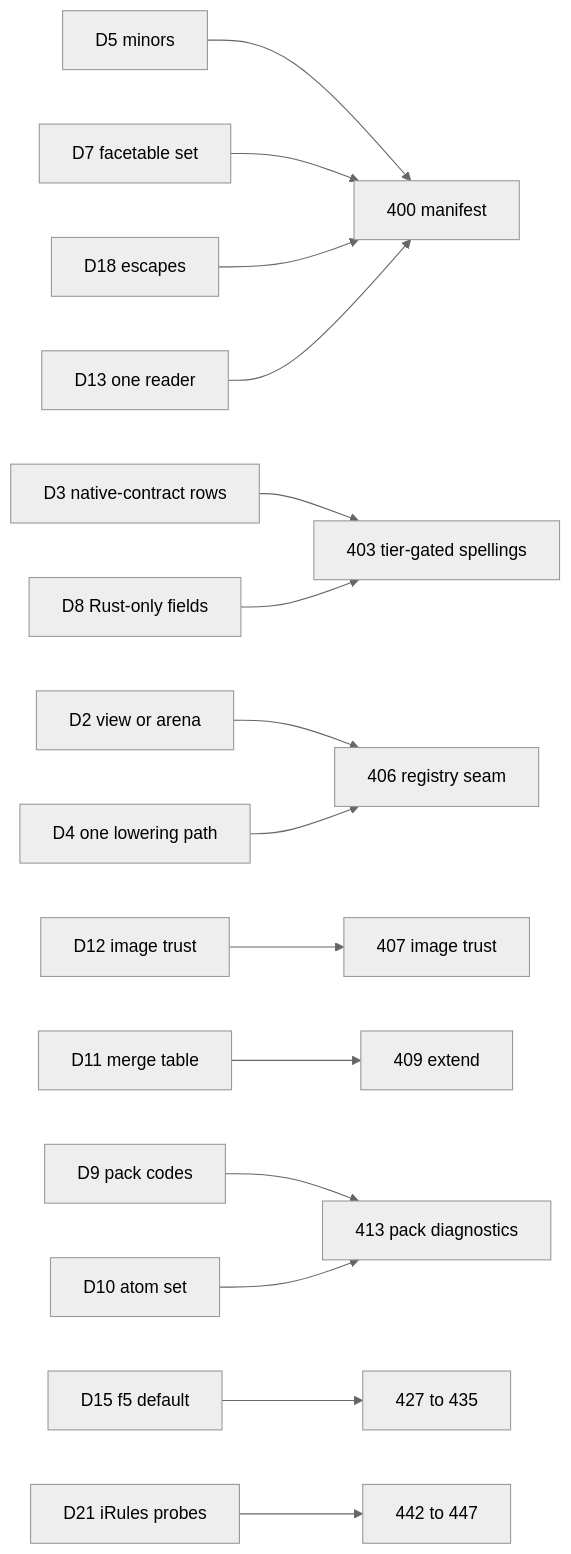
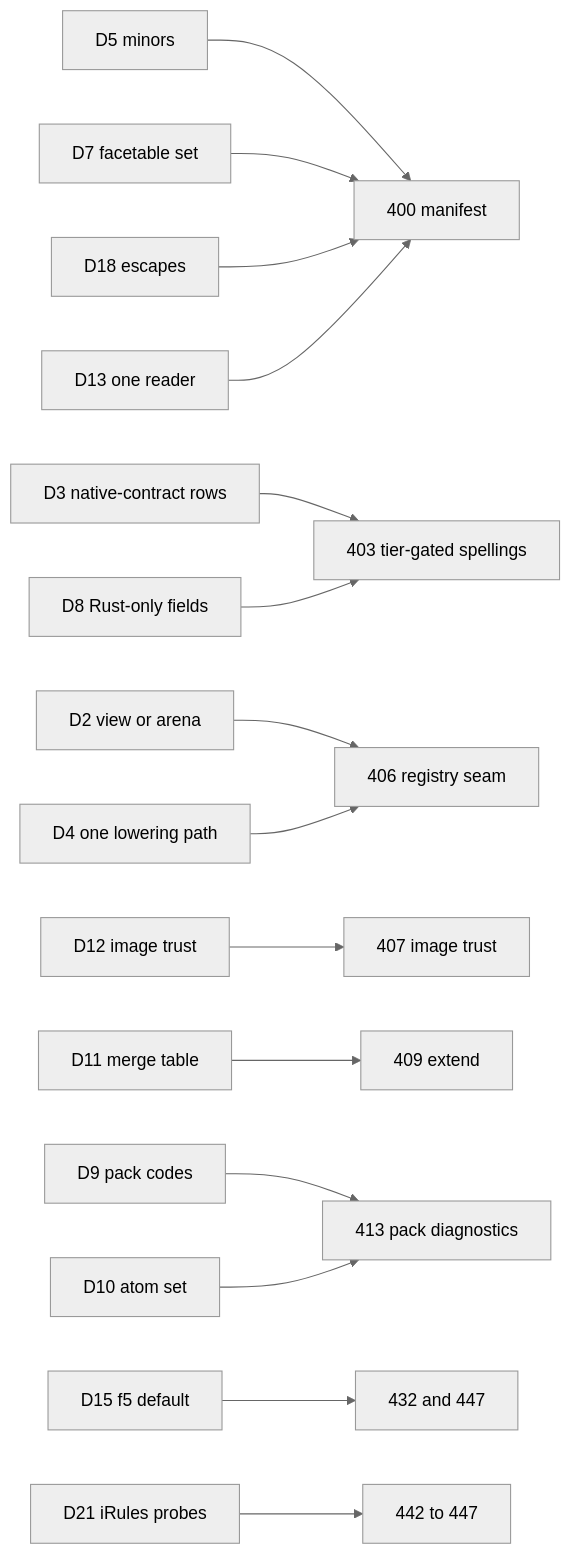
The diagram in docs/design/registry/spectcl-3/11-open-decisions.md (bitwisecook/tcl-lsp), drawn with Mermaid (neutral theme) before and after one commit. The commit also changed other lines of this file and 4 other files, not shown here.

````diff
--- a/docs/design/registry/spectcl-3/11-open-decisions.md
+++ b/docs/design/registry/spectcl-3/11-open-decisions.md
@@ -126,17 +126,17 @@
 ```mermaid
 flowchart LR
   d5["D5 minors"] --> i400["400 manifest"]
   d7["D7 facetable set"] --> i400
   d18["D18 escapes"] --> i400
   d13["D13 one reader"] --> i400
   d3["D3 native-contract rows"] --> i403["403 tier-gated spellings"]
   d8["D8 Rust-only fields"] --> i403
   d2["D2 view or arena"] --> i406["406 registry seam"]
   d4["D4 one lowering path"] --> i406
   d12["D12 image trust"] --> i407["407 image trust"]
   d11["D11 merge table"] --> i409["409 extend"]
   d9["D9 pack codes"] --> i413["413 pack diagnostics"]
   d10["D10 atom set"] --> i413
-  d15["D15 f5 default"] --> f5items["427 to 435"]
+  d15["D15 f5 default"] --> f5items["432 and 447"]
   d21["D21 iRules probes"] --> f5irules["442 to 447"]
 ```
````
